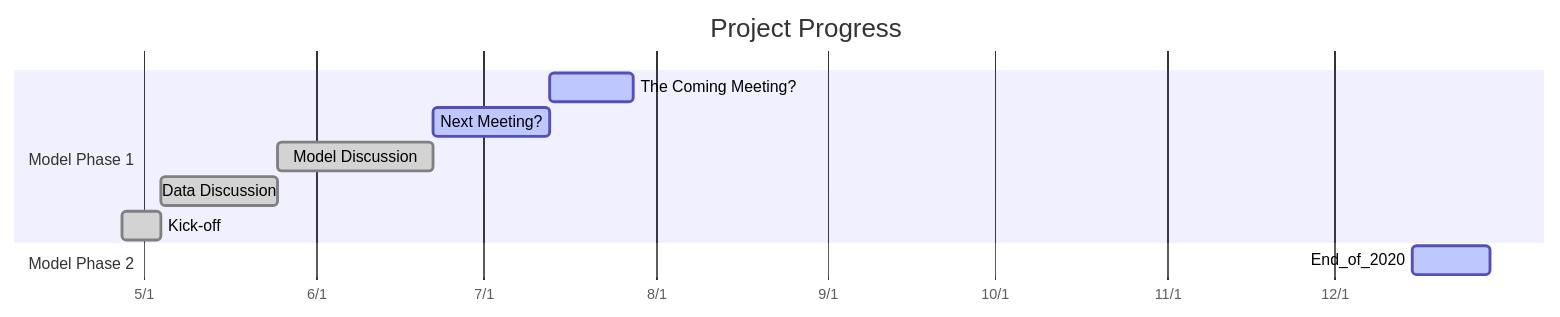
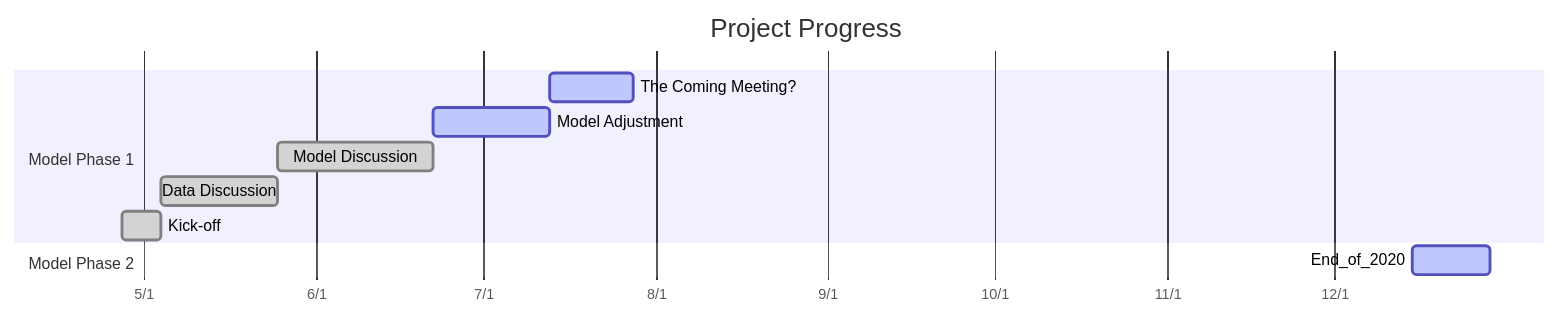
The diagram in for_cft.md (udothemath/my_hackmd), drawn with Mermaid before and after one commit. The commit also changed other lines of this file, not shown here.

````diff
--- a/for_cft.md
+++ b/for_cft.md
@@ -12,15 +12,15 @@
 ```mermaid
 gantt
 dateFormat  YYYY-MM-DD
 axisFormat %-m/%-d
 title Project Progress
 
 section Model Phase 1
 The Coming Meeting?:active, des5, 2020-07-13, 2020-07-28
-Next Meeting?:active, des4, 2020-06-22, 2020-07-13
+Model Adjustment:active, des4, 2020-06-22, 2020-07-13
 Model Discussion:done, des3, 2020-05-25, 4w
 Data Discussion:done, des2, 2020-05-04, 3w
 Kick-off:done, des1, 2020-04-27, 1w
 section Model Phase 2
 End_of_2020:active,  des2, 2020-12-15, 2w
 ```
````
